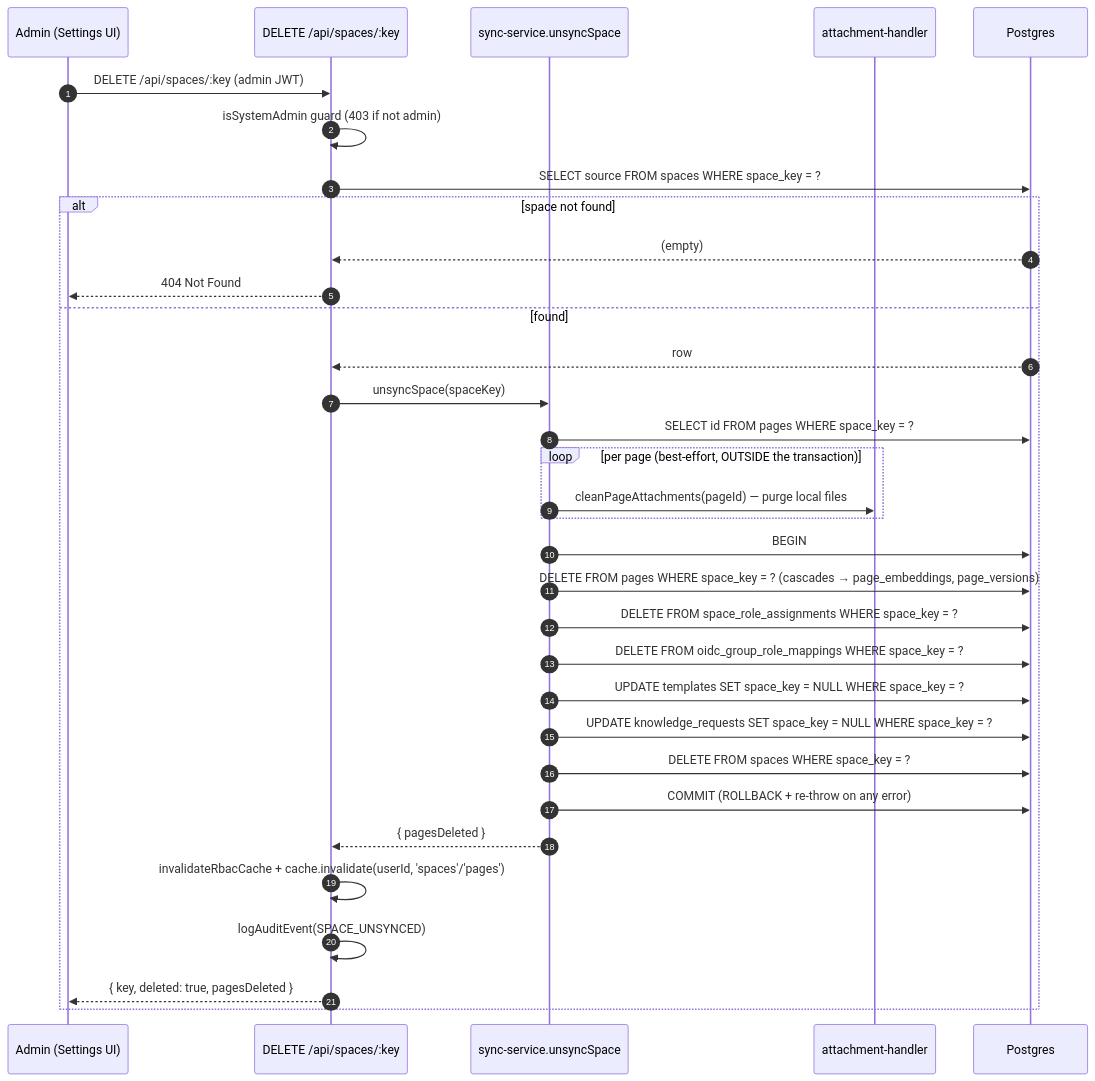
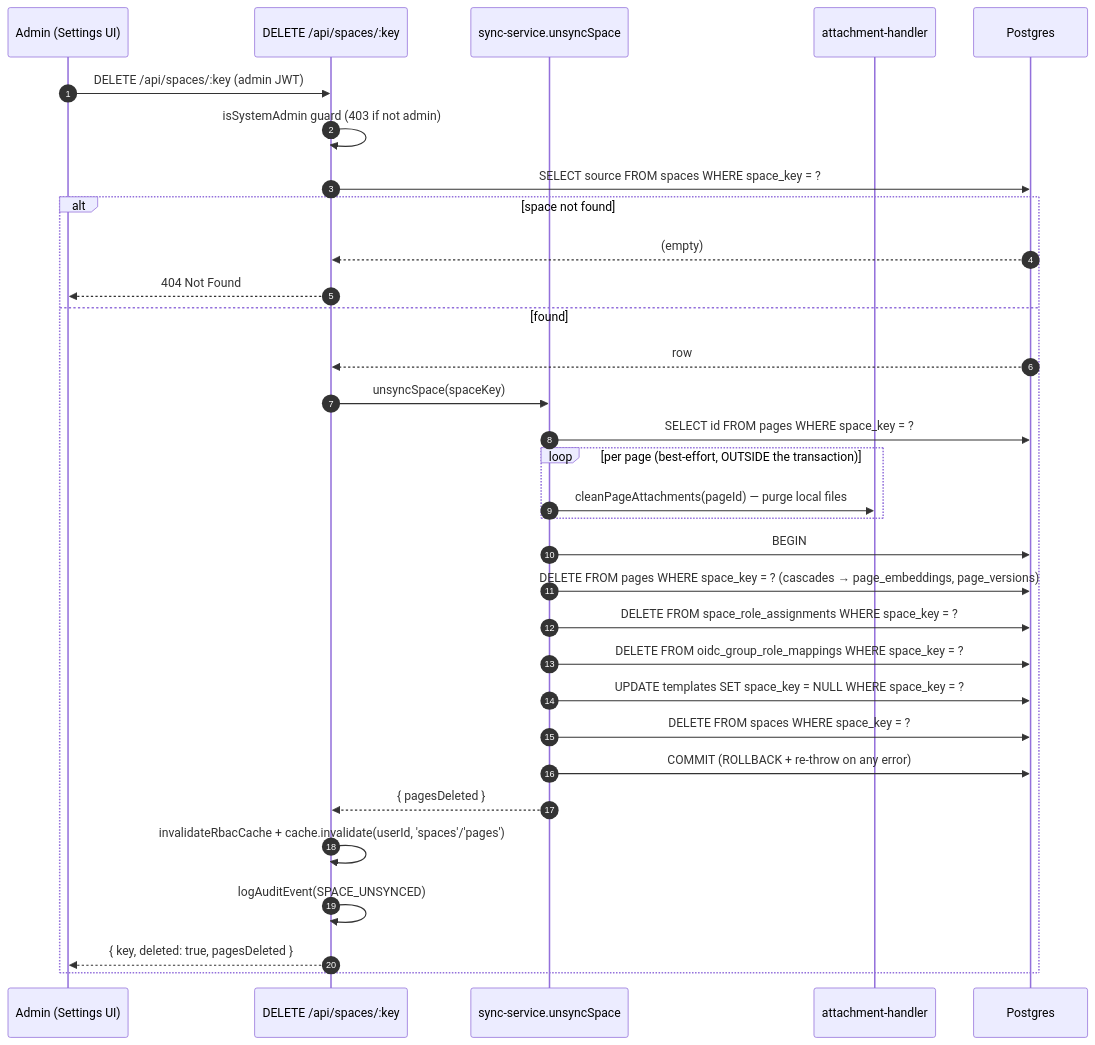
The second of 2 diagrams in docs/architecture/08-flow-sync.md (Compendiq/compendiq-ce), drawn with Mermaid before and after one commit. The commit also changed other lines of this file and 20 other files, not shown here.

First line of the commit message:
feat(cleanup): remove the Knowledge Requests feature (#841)

````diff
--- a/docs/architecture/08-flow-sync.md
+++ b/docs/architecture/08-flow-sync.md
@@ -264,36 +264,35 @@
 ```mermaid
 sequenceDiagram
     autonumber
     participant A as Admin (Settings UI)
     participant R as DELETE /api/spaces/:key
     participant SV as sync-service.unsyncSpace
     participant AH as attachment-handler
     participant DB as Postgres
 
     A->>R: DELETE /api/spaces/:key (admin JWT)
     R->>R: isSystemAdmin guard (403 if not admin)
     R->>DB: SELECT source FROM spaces WHERE space_key = ?
     alt space not found
         DB-->>R: (empty)
         R-->>A: 404 Not Found
     else found
         DB-->>R: row
         R->>SV: unsyncSpace(spaceKey)
         SV->>DB: SELECT id FROM pages WHERE space_key = ?
         loop per page (best-effort, OUTSIDE the transaction)
             SV->>AH: cleanPageAttachments(pageId) — purge local files
         end
         SV->>DB: BEGIN
         SV->>DB: DELETE FROM pages WHERE space_key = ? (cascades → page_embeddings, page_versions)
         SV->>DB: DELETE FROM space_role_assignments WHERE space_key = ?
         SV->>DB: DELETE FROM oidc_group_role_mappings WHERE space_key = ?
         SV->>DB: UPDATE templates SET space_key = NULL WHERE space_key = ?
-        SV->>DB: UPDATE knowledge_requests SET space_key = NULL WHERE space_key = ?
         SV->>DB: DELETE FROM spaces WHERE space_key = ?
         SV->>DB: COMMIT (ROLLBACK + re-throw on any error)
         SV-->>R: { pagesDeleted }
         R->>R: invalidateRbacCache + cache.invalidate(userId, 'spaces'/'pages')
         R->>R: logAuditEvent(SPACE_UNSYNCED)
         R-->>A: { key, deleted: true, pagesDeleted }
     end
 ```
````
